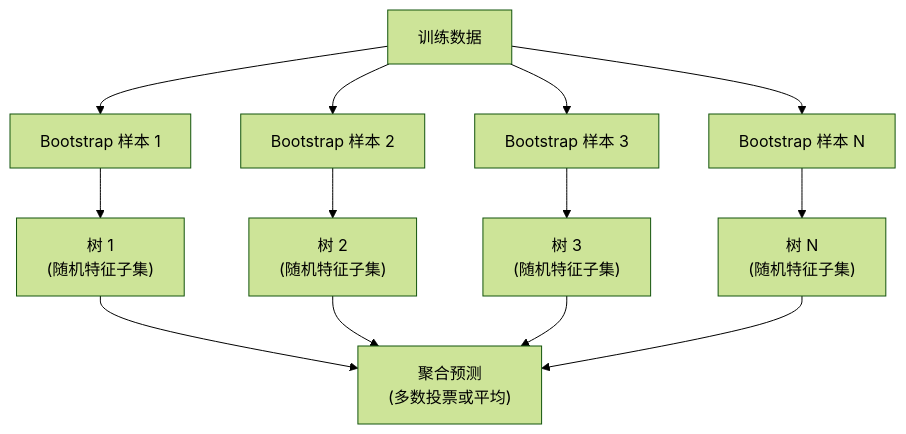
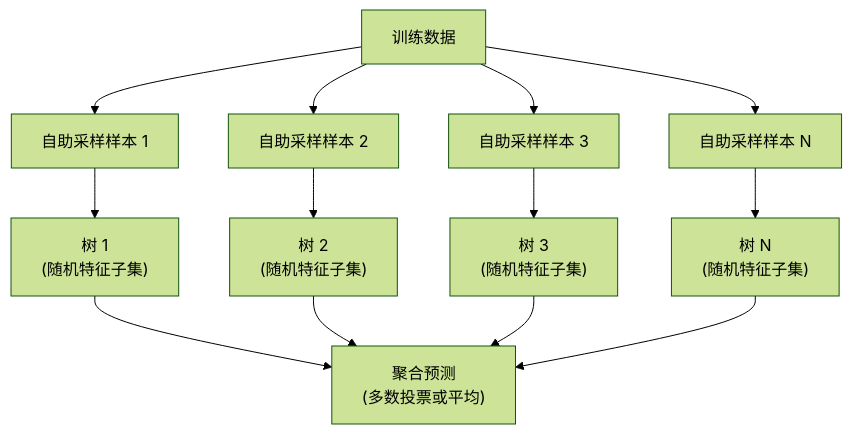
The second of 2 diagrams in content/translations/practice/02-ml-fundamentals/04-decision-trees/zh.md (huangyue12120/Learning-Atlas), drawn with Mermaid (forest theme) before and after one commit. The commit also changed other lines of this file and 24 other files, not shown here.

Commit message:
fix(reader): localize Mermaid in source content

````diff
--- a/content/translations/practice/02-ml-fundamentals/04-decision-trees/zh.md
+++ b/content/translations/practice/02-ml-fundamentals/04-decision-trees/zh.md
@@ -145,15 +145,15 @@
 ```mermaid
 graph TD
-    D["训练数据"] --> B1["Bootstrap 样本 1"]
-    D --> B2["Bootstrap 样本 2"]
-    D --> B3["Bootstrap 样本 3"]
-    D --> BN["Bootstrap 样本 N"]
+    D["训练数据"] --> B1["自助采样样本 1"]
+    D --> B2["自助采样样本 2"]
+    D --> B3["自助采样样本 3"]
+    D --> BN["自助采样样本 N"]
     B1 --> T1["树 1<br>(随机特征子集)"]
     B2 --> T2["树 2<br>(随机特征子集)"]
     B3 --> T3["树 3<br>(随机特征子集)"]
     BN --> TN["树 N<br>(随机特征子集)"]
     T1 --> V["聚合预测<br>(多数投票或平均)"]
     T2 --> V
     T3 --> V
     TN --> V
 ```
````
